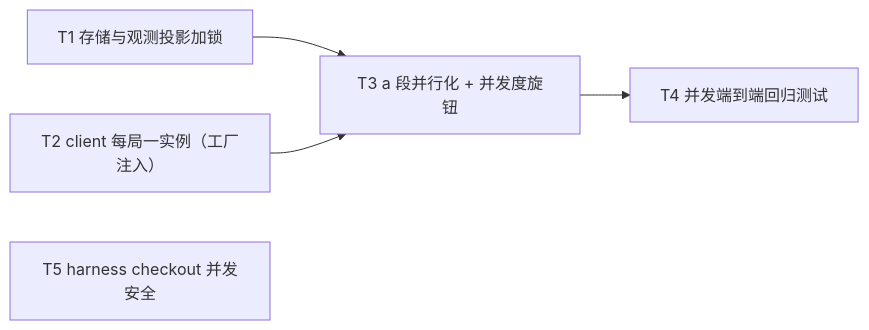
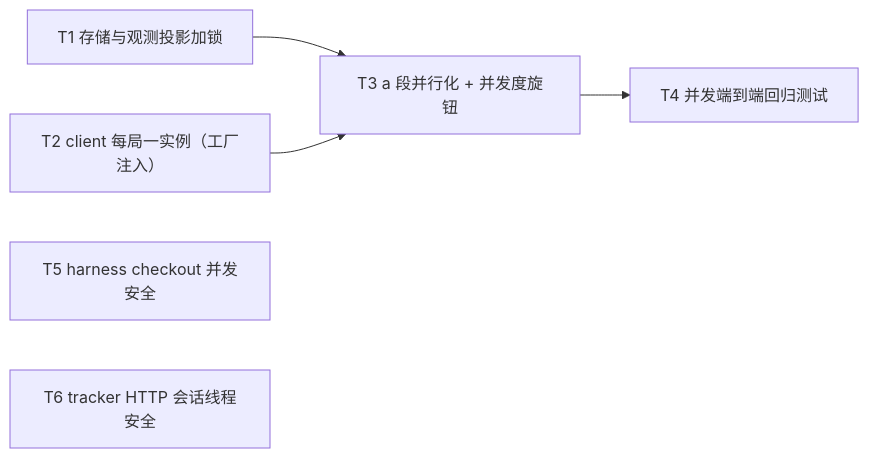
Diagram 34 of 35 in docs/specs/OVERVIEW.md (Curry09/AHE-Beta), drawn with Mermaid before and after one commit. The commit also changed other lines of this file and 1 other file, not shown here.

First line of the commit message:
spec(0017): 共享实例线程安全审计第二轮——T5 扩围 YAML 解析器 + 补 T6 tracker 会话

````diff
--- a/docs/specs/OVERVIEW.md
+++ b/docs/specs/OVERVIEW.md
@@ -749,11 +753,12 @@
 ```mermaid
 graph LR
     nT1["T1 存储与观测投影加锁"]
     nT2["T2 client 每局一实例（工厂注入）"]
     nT3["T3 a 段并行化 + 并发度旋钮"]
     nT4["T4 并发端到端回归测试"]
     nT5["T5 harness checkout 并发安全"]
+    nT6["T6 tracker HTTP 会话线程安全"]
     nT1 --> nT3
     nT2 --> nT3
     nT3 --> nT4
 ```
````
